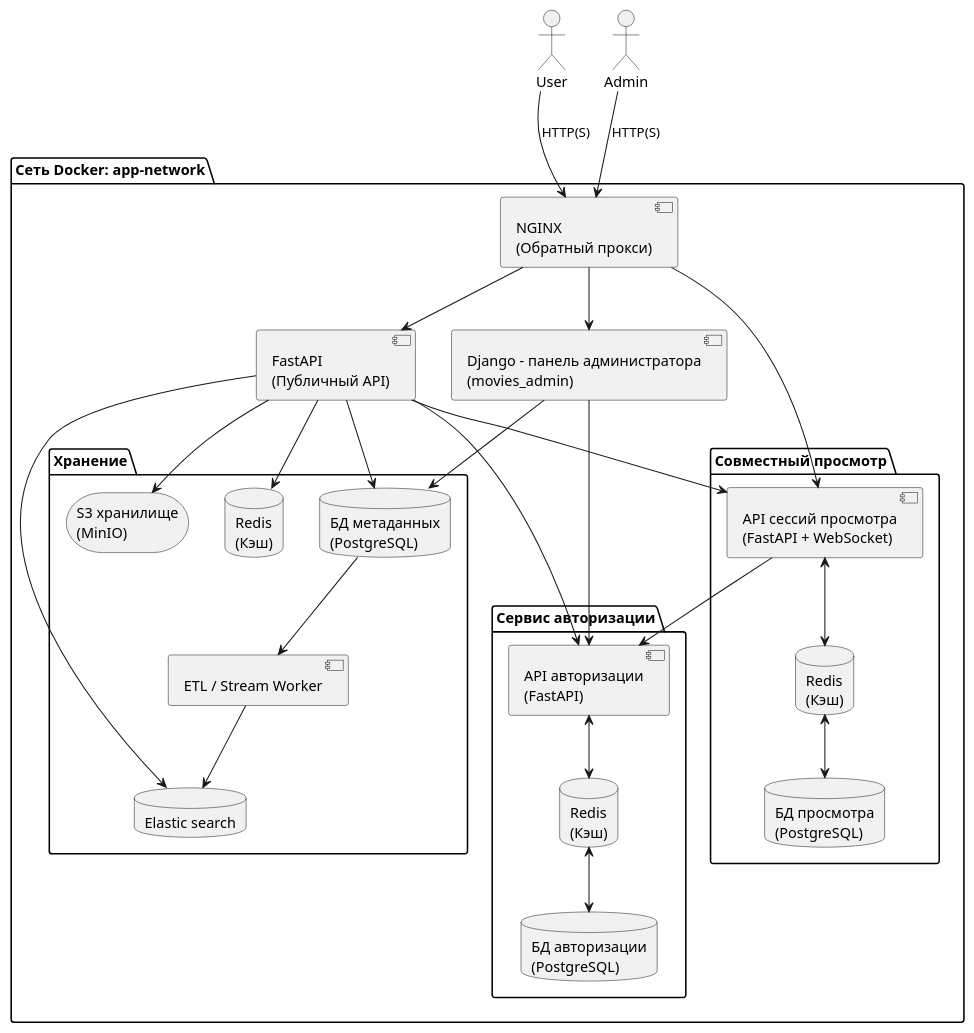
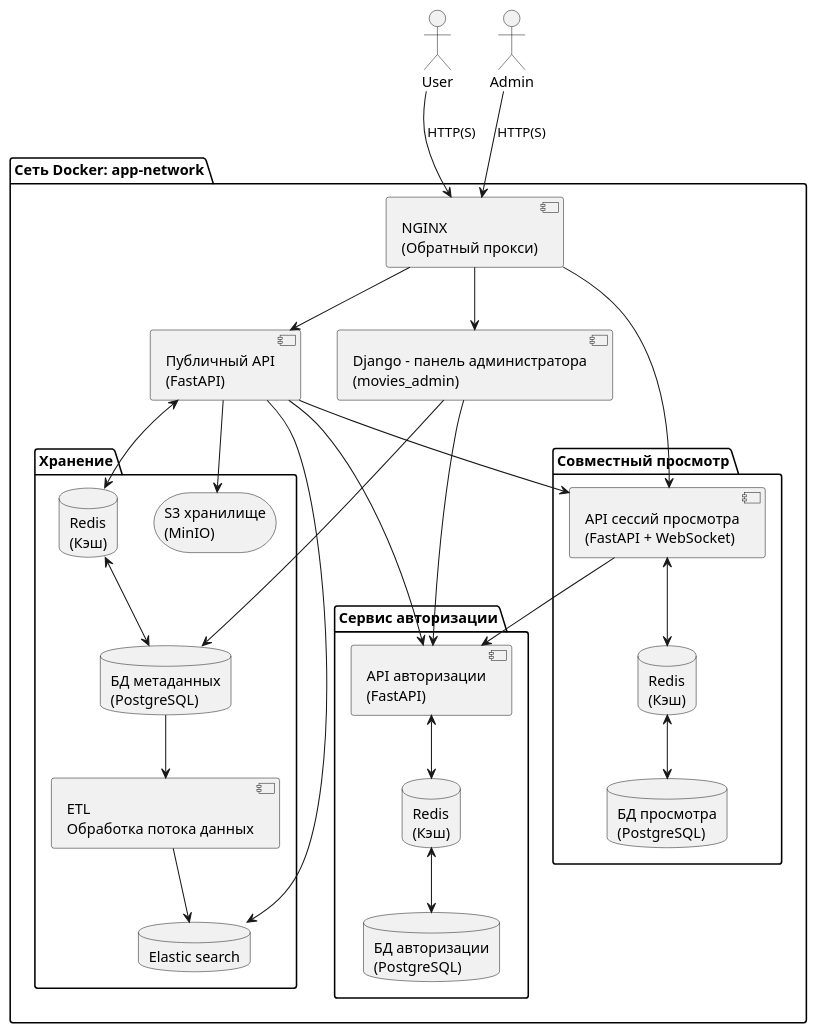
The diagram in watch_together.puml (eabuntov/graduate_work), drawn with PlantUML before and after one commit. The commit also changed 3 other files, not shown here.

```diff
--- a/watch_together.puml
+++ b/watch_together.puml
@@ -1,75 +1,75 @@
 @startuml
 top to bottom direction
 
 together {
 actor User
 actor Admin
 }
 
 package "Сеть Docker: app-network" {
 
   component "NGINX\n(Обратный прокси)" as nginx
 
   together {
     component "Django - панель администратора\n(movies_admin)" as django
-    component "FastAPI\n(Публичный API)" as fastapi
+    component "Публичный API\n(FastAPI)" as fastapi
   }
 
   ' ===== Movies Together =====
   package "Совместный просмотр" {
 
     component "API сессий просмотра\n(FastAPI + WebSocket)" as watch_api
     database "Redis\n(Кэш)" as watch_redis
     database "БД просмотра\n(PostgreSQL)" as watch_db
   }
 
 package "Сервис авторизации" {
   component "API авторизации\n(FastAPI)" as auth
   database "БД авторизации\n(PostgreSQL)" as auth_db
   database "Redis\n(Кэш)" as auth_redis
 }
 
   ' ===== Storage =====
   package "Хранение" {
-    component "ETL / Stream Worker" as etl
+    component "ETL\nОбработка потока данных" as etl
     database "БД метаданных\n(PostgreSQL)" as theatre_db
     database "Elastic search" as elk
     storage "S3 хранилище\n(MinIO)" as s3
     database "Redis\n(Кэш)" as redis
   }
 
 }
 
 ' ===== User traffic =====
 User --> nginx : HTTP(S)
 Admin --> nginx : HTTP(S)
 
 nginx --> django
 nginx --> fastapi
 nginx --> watch_api
 
 ' ===== Auth =====
 django --> auth
 fastapi --> auth
 watch_api --> auth
 
 auth <--> auth_redis
 auth_redis <--> auth_db
 
 ' ===== Core business =====
 django --> theatre_db
-fastapi --> theatre_db
-fastapi --> redis
+redis <--> theatre_db
+fastapi <--> redis
 
 ' ===== Media =====
 fastapi --> s3
 theatre_db --> etl
 etl --> elk
 
 ' ===== Watch Together =====
 fastapi --> watch_api
 fastapi --> elk
 watch_api <--> watch_redis
 watch_redis <--> watch_db
 
 @enduml
```
